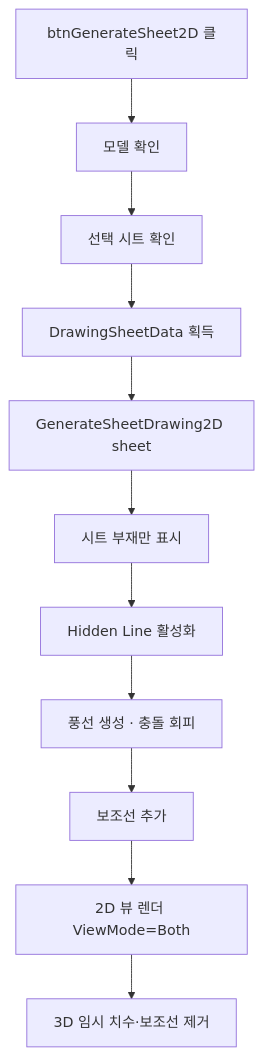
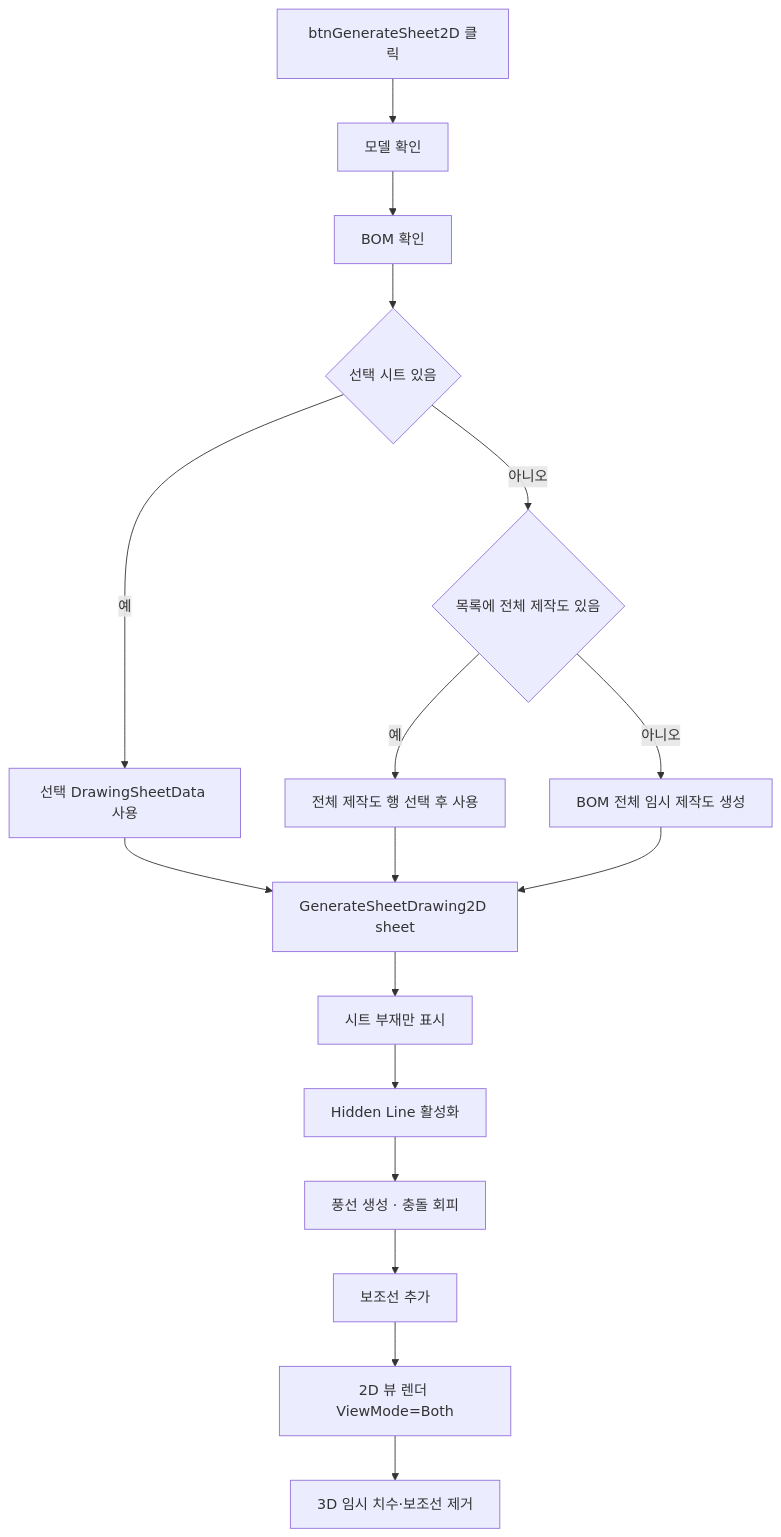
One commit to uuuuj/a2z changed the diagram in docs/기능/도면시트/시트 2D 렌더.md. Above: the diagram before and after it, drawn with Mermaid. The commit also changed other lines of this file and 4 other files, not shown here.

````diff
--- a/docs/기능/도면시트/시트 2D 렌더.md
+++ b/docs/기능/도면시트/시트 2D 렌더.md
@@ -31,13 +32,19 @@
 ```mermaid
 flowchart TD
     A[btnGenerateSheet2D 클릭] --> B[모델 확인]
-    B --> C[선택 시트 확인]
-    C --> D[DrawingSheetData 획득]
-    D --> E[GenerateSheetDrawing2D sheet]
-    E --> F[시트 부재만 표시]
-    F --> G[Hidden Line 활성화]
-    G --> H[풍선 생성 · 충돌 회피]
-    H --> I[보조선 추가]
-    I --> J[2D 뷰 렌더 ViewMode=Both]
-    J --> K[3D 임시 치수·보조선 제거]
+    B --> C[BOM 확인]
+    C --> D{선택 시트 있음}
+    D -->|예| E[선택 DrawingSheetData 사용]
+    D -->|아니오| F{목록에 전체 제작도 있음}
+    F -->|예| G[전체 제작도 행 선택 후 사용]
+    F -->|아니오| H[BOM 전체 임시 제작도 생성]
+    E --> I[GenerateSheetDrawing2D sheet]
+    G --> I
+    H --> I
+    I --> J[시트 부재만 표시]
+    J --> K[Hidden Line 활성화]
+    K --> L[풍선 생성 · 충돌 회피]
+    L --> M[보조선 추가]
+    M --> N[2D 뷰 렌더 ViewMode=Both]
+    N --> O[3D 임시 치수·보조선 제거]
 ```
````
